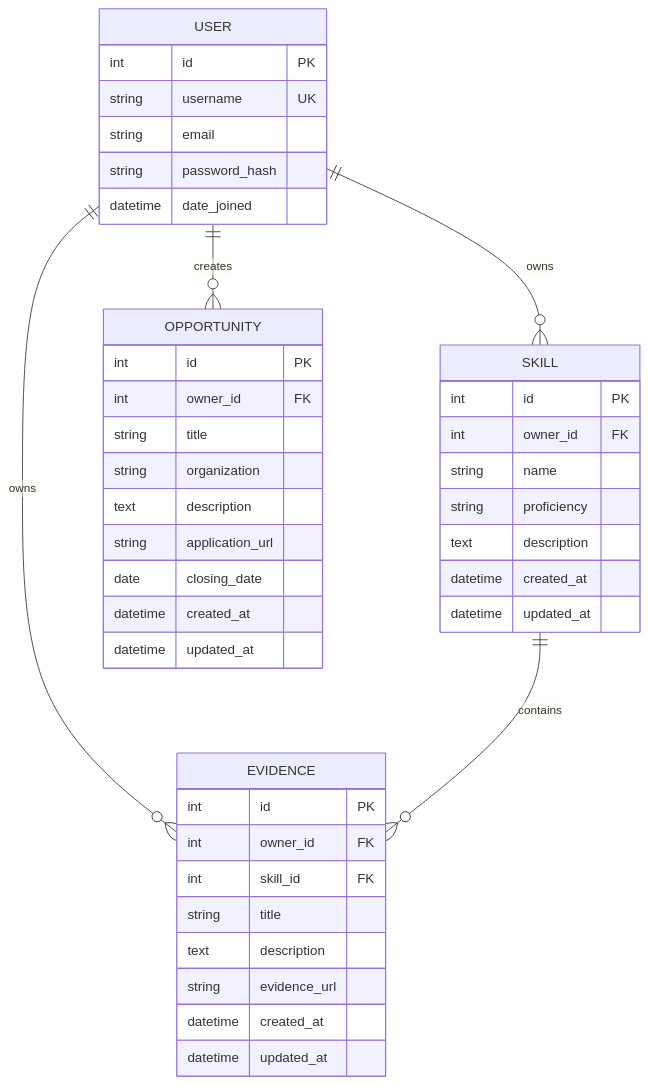
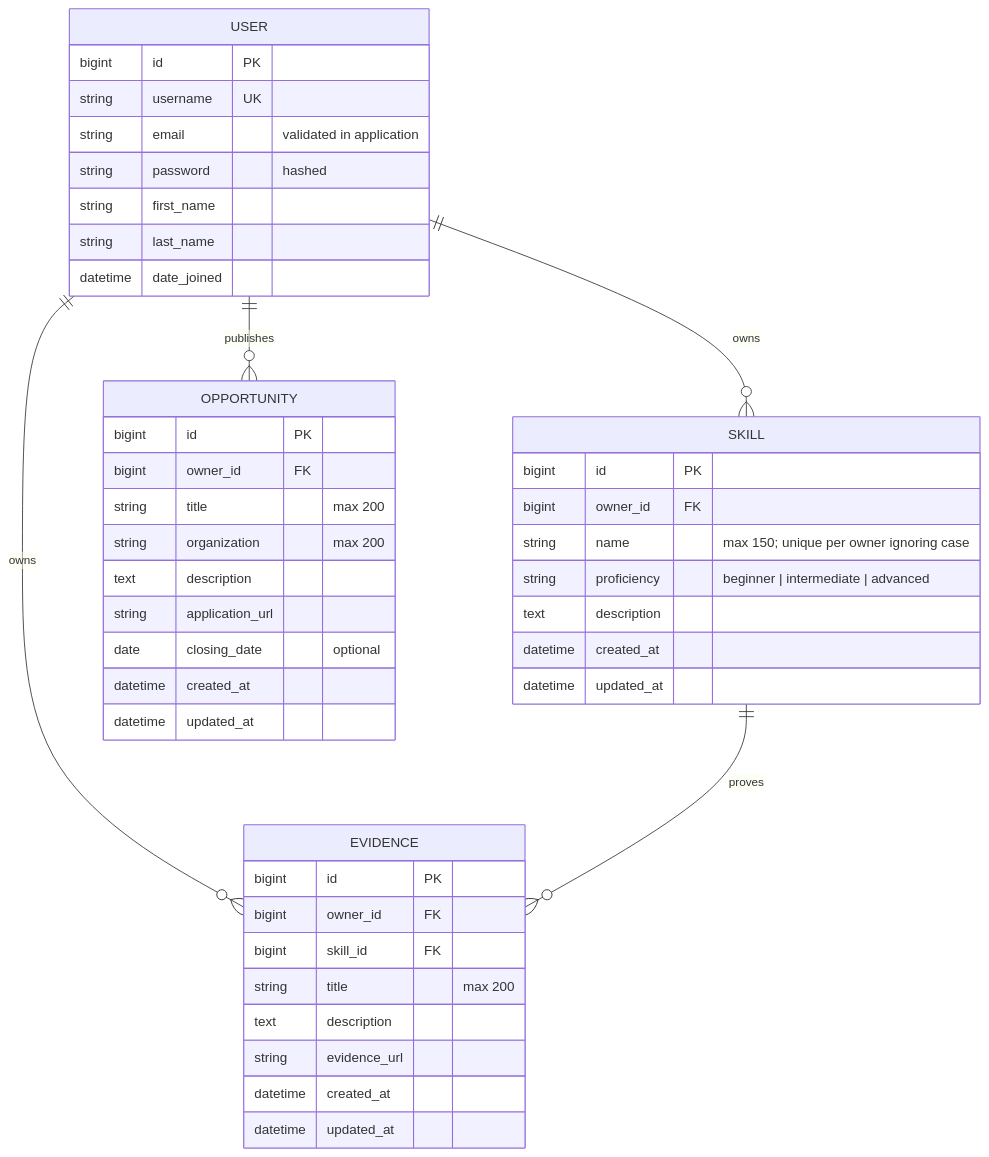
Before and after one commit to poundsmichaelscode/skillproof-api: the diagram in docs/erd.md, drawn with Mermaid. The commit also changed other lines of this file and 8 other files, not shown here.

Commit message:
feat: finalize week two error handling and architecture documentation

````diff
--- a/docs/erd.md
+++ b/docs/erd.md
@@ -17,48 +5,47 @@
 ```mermaid
 erDiagram
     USER ||--o{ SKILL : owns
     USER ||--o{ EVIDENCE : owns
-    USER ||--o{ OPPORTUNITY : creates
-    SKILL ||--o{ EVIDENCE : contains
+    USER ||--o{ OPPORTUNITY : publishes
+    SKILL ||--o{ EVIDENCE : proves
 
     USER {
-        int id PK
+        bigint id PK
         string username UK
-        string email
-        string password_hash
+        string email "validated in application"
+        string password "hashed"
+        string first_name
+        string last_name
         datetime date_joined
     }
-
     SKILL {
-        int id PK
-        int owner_id FK
-        string name
-        string proficiency
+        bigint id PK
+        bigint owner_id FK
+        string name "max 150; unique per owner ignoring case"
+        string proficiency "beginner | intermediate | advanced"
         text description
         datetime created_at
         datetime updated_at
     }
-
     EVIDENCE {
-        int id PK
-        int owner_id FK
-        int skill_id FK
-        string title
+        bigint id PK
+        bigint owner_id FK
+        bigint skill_id FK
+        string title "max 200"
         text description
         string evidence_url
         datetime created_at
         datetime updated_at
     }
-
     OPPORTUNITY {
-        int id PK
-        int owner_id FK
-        string title
-        string organization
+        bigint id PK
+        bigint owner_id FK
+        string title "max 200"
+        string organization "max 200"
         text description
         string application_url
-        date closing_date
+        date closing_date "optional"
         datetime created_at
         datetime updated_at
     }
 ```
````
